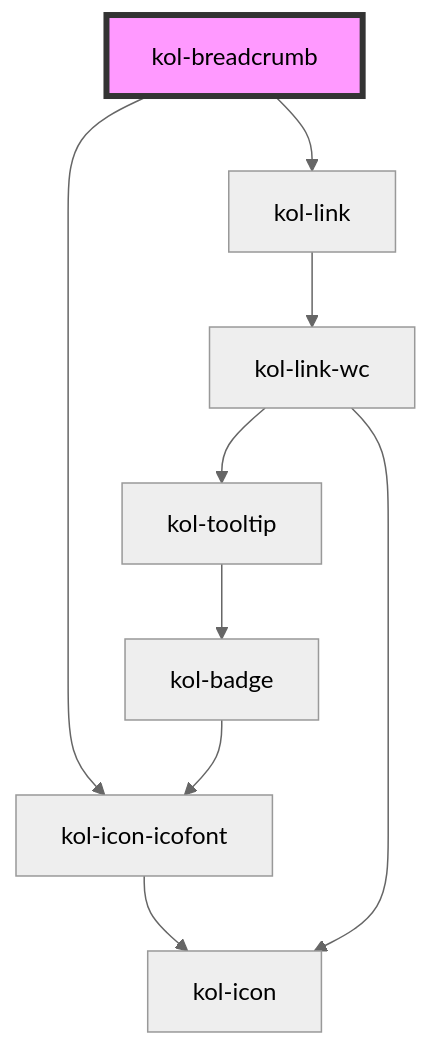
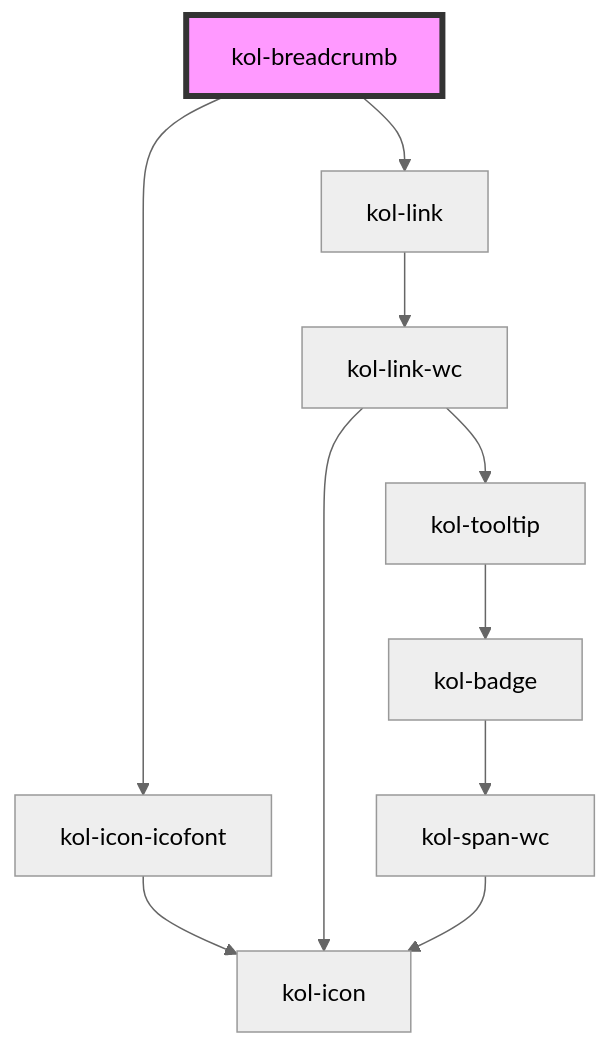
The diagram in packages/library/src/components/breadcrumb/readme.md (public-ui/kolibri), drawn with Mermaid (neutral theme) before and after one commit. The commit also changed 34 other files, not shown here.

````diff
--- a/packages/library/src/components/breadcrumb/readme.md
+++ b/packages/library/src/components/breadcrumb/readme.md
@@ -123,12 +123,13 @@
 ```mermaid
 graph TD;
   kol-breadcrumb --> kol-icon-icofont
   kol-breadcrumb --> kol-link
   kol-icon-icofont --> kol-icon
   kol-link --> kol-link-wc
   kol-link-wc --> kol-icon
   kol-link-wc --> kol-tooltip
   kol-tooltip --> kol-badge
-  kol-badge --> kol-icon-icofont
+  kol-badge --> kol-span-wc
+  kol-span-wc --> kol-icon
   style kol-breadcrumb fill:#f9f,stroke:#333,stroke-width:4px
 ```
````
